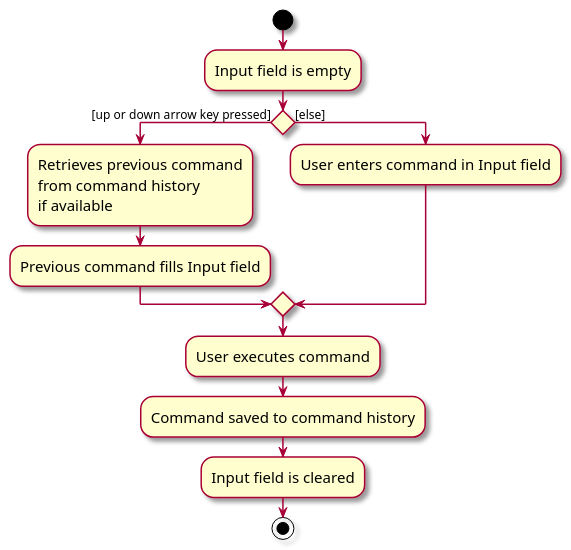
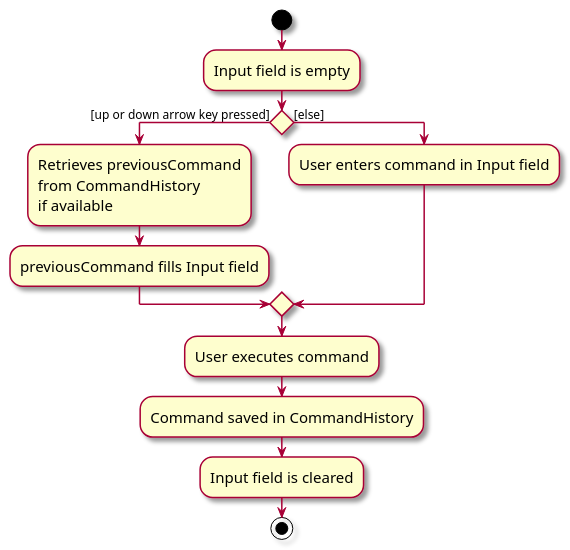
Before and after one commit to tituschewxj/tp: the diagram in docs/diagrams/CommandHistoryActivityDiagram.puml, drawn with PlantUML.

Commit message:
Clarify activity diagram of command history

```diff
--- a/docs/diagrams/CommandHistoryActivityDiagram.puml
+++ b/docs/diagrams/CommandHistoryActivityDiagram.puml
@@ -1,20 +1,20 @@
 @startuml
 skin rose
 skinparam ActivityFontSize 15
 skinparam ArrowFontSize 12
 start
 :Input field is empty;
 if () then ([up or down arrow key pressed])
-    :Retrieves previous command
-    from command history
+    :Retrieves previousCommand
+    from CommandHistory
     if available;
-    :Previous command fills Input field;
+    :previousCommand fills Input field;
 else ([else])
     :User enters command in Input field;
 endif
 :User executes command;
-:Command saved to command history;
+:Command saved in CommandHistory;
 :Input field is cleared;
 
 stop
 @enduml
```
